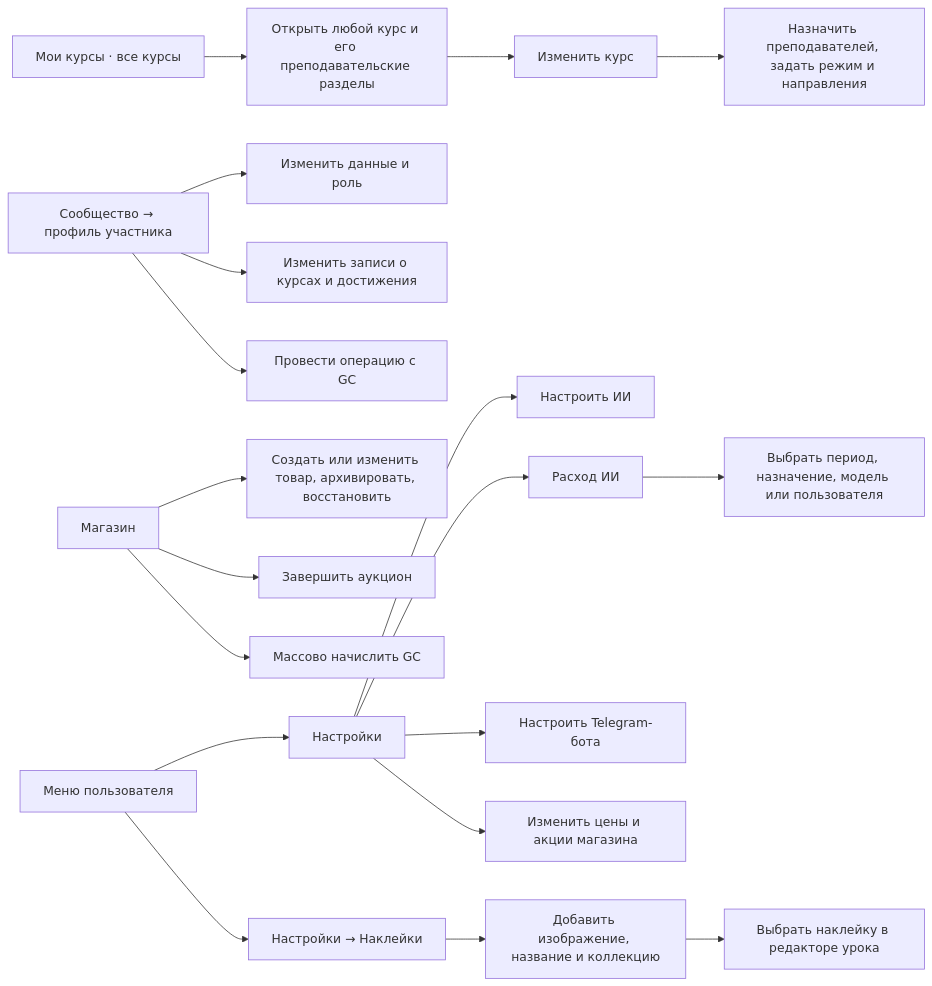
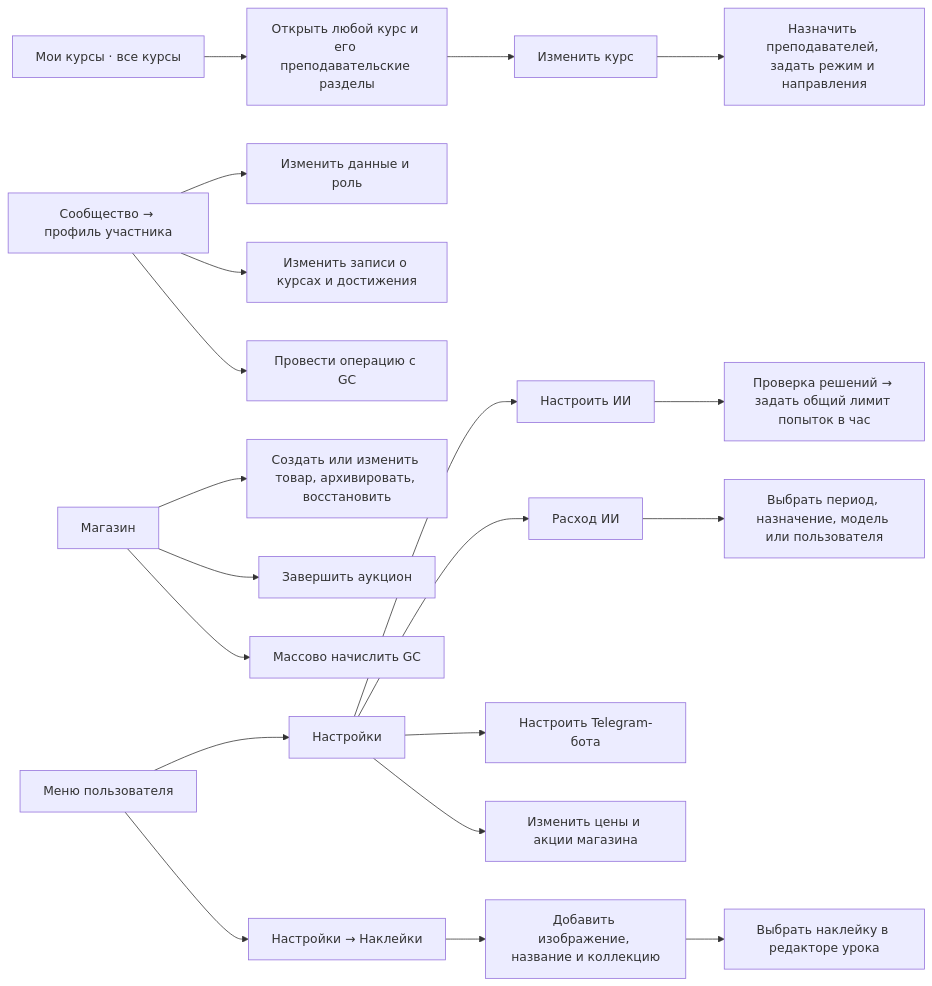
One commit to roctbb/CodingProjects changed the seventh of 8 diagrams in docs/ux/role-actions.md. Above: the diagram before and after it, drawn with Mermaid. The commit also changed other lines of this file and 11 other files, not shown here.

````diff
--- a/docs/ux/role-actions.md
+++ b/docs/ux/role-actions.md
@@ -282,21 +284,22 @@
 ```mermaid
 flowchart LR
   home["Мои курсы · все курсы"] --> course["Открыть любой курс и его преподавательские разделы"]
   course --> settings["Изменить курс"]
   settings --> staff["Назначить преподавателей, задать режим и направления"]
   people["Сообщество → профиль участника"] --> account["Изменить данные и роль"]
   people --> learn["Изменить записи о курсах и достижения"]
   people --> gc["Провести операцию с GC"]
   market["Магазин"] --> goods["Создать или изменить товар, архивировать, восстановить"]
   market --> auction["Завершить аукцион"]
   market --> credit["Массово начислить GC"]
   tools["Меню пользователя"] --> system["Настройки"]
   system --> ai["Настроить ИИ"]
+  ai --> aiLimit["Проверка решений → задать общий лимит попыток в час"]
   system --> usage["Расход ИИ"]
   usage --> filters["Выбрать период, назначение, модель или пользователя"]
   system --> telegram["Настроить Telegram-бота"]
   system --> prices["Изменить цены и акции магазина"]
   tools --> stickers["Настройки → Наклейки"]
   stickers --> entry["Добавить изображение, название и коллекцию"]
   entry --> assign["Выбрать наклейку в редакторе урока"]
 ```
````
